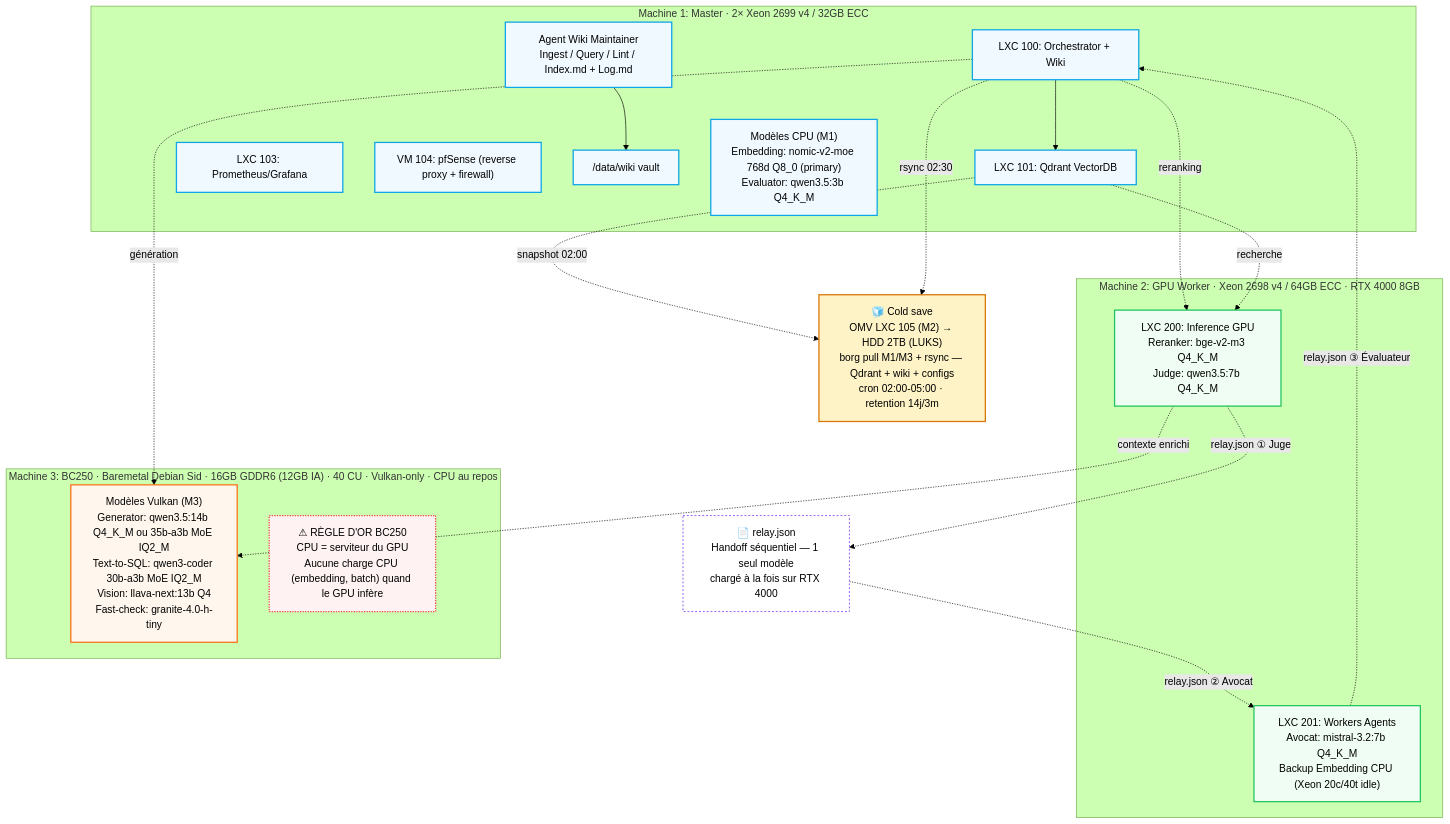
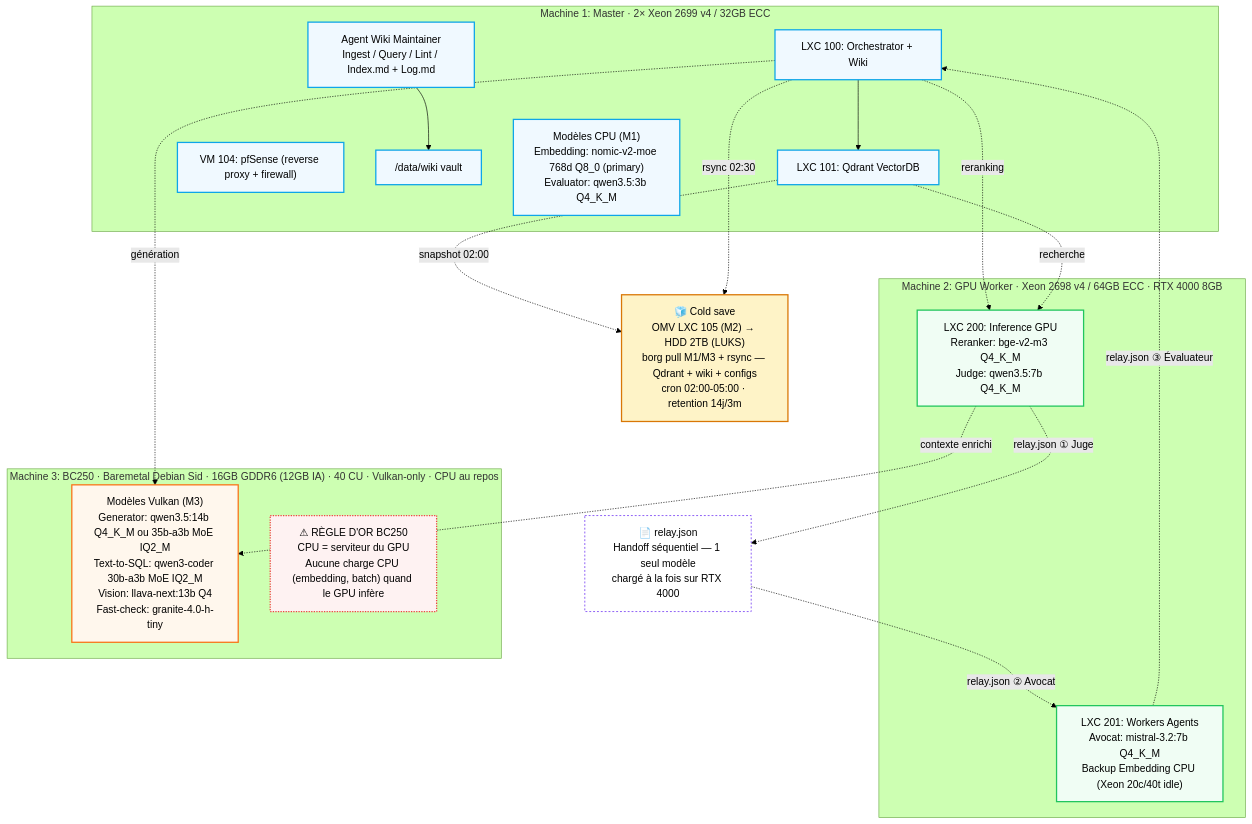
Before and after one commit to chelmooz/rag-multi-agent-cluster: the second of 2 diagrams in docs/architecture.md, drawn with Mermaid (forest theme). The commit also changed 23 other files, not shown here.

Commit message:
chore: Sprint 1 hygiène/CI terminé + ROADMAP 4 phases (A-D) + décisions D10-D12 (mock-first, éval optionnelle)

````diff
--- a/docs/architecture.md
+++ b/docs/architecture.md
@@ -83,45 +83,44 @@
 ```mermaid
 flowchart TB
     classDef m1 fill:#f0f9ff,stroke:#0ea5e9,stroke-width:2px
     classDef m2 fill:#f0fdf4,stroke:#22c55e,stroke-width:2px
     classDef m3 fill:#fff7ed,stroke:#f97316,stroke-width:2px
     classDef warn fill:#fef2f2,stroke:#ef4444,stroke-width:2px,stroke-dasharray: 2 2
     classDef cold fill:#fef3c7,stroke:#d97706,stroke-width:2px
     classDef op fill:#ffffff,stroke:#8b5cf6,stroke-width:1.5px,stroke-dasharray: 3 3
 
     subgraph Machine1["Machine 1: Master · 2× Xeon 2699 v4 / 32GB ECC"]
         M1_100["LXC 100: Orchestrator + Wiki"]:::m1
         M1_101["LXC 101: Qdrant VectorDB"]:::m1
-        M1_103["LXC 103: Prometheus/Grafana"]:::m1
         M1_104["VM 104: pfSense (reverse proxy + firewall)"]:::m1
         M1_vault["/data/wiki vault"]:::m1
         M1_models["Modèles CPU (M1)<br/>Embedding: nomic-v2-moe 768d Q8_0 (primary)<br/>Evaluator: qwen3.5:3b Q4_K_M"]:::m1
         M1_wiki["Agent Wiki Maintainer<br/>Ingest / Query / Lint / Index.md + Log.md"]:::m1
     end
 
     subgraph Machine2["Machine 2: GPU Worker · Xeon 2698 v4 / 64GB ECC · RTX 4000 8GB"]
         M2_200["LXC 200: Inference GPU<br/>Reranker: bge-v2-m3 Q4_K_M<br/>Judge: qwen3.5:7b Q4_K_M"]:::m2
         M2_201["LXC 201: Workers Agents<br/>Avocat: mistral-3.2:7b Q4_K_M<br/>Backup Embedding CPU (Xeon 20c/40t idle)"]:::m2
     end
 
     subgraph Machine3["Machine 3: BC250 · Baremetal Debian Sid · 16GB GDDR6 (12GB IA) · 40 CU · Vulkan-only · CPU au repos"]
         M3_models["Modèles Vulkan (M3)<br/>Generator: qwen3.5:14b Q4_K_M ou 35b-a3b MoE IQ2_M<br/>Text-to-SQL: qwen3-coder 30b-a3b MoE IQ2_M<br/>Vision: llava-next:13b Q4<br/>Fast-check: granite-4.0-h-tiny"]:::m3
         M3_warn["⚠ RÈGLE D'OR BC250<br/>CPU = serviteur du GPU<br/>Aucune charge CPU (embedding, batch) quand le GPU infère"]:::warn
     end
 
     Relay["📄 relay.json<br/>Handoff séquentiel — 1 seul modèle<br/>chargé à la fois sur RTX 4000"]:::op
 
     Cold["🧊 Cold save<br/>OMV LXC 105 (M2) → HDD 2TB (LUKS)<br/>borg pull M1/M3 + rsync — Qdrant + wiki + configs<br/>cron 02:00-05:00 · retention 14j/3m"]:::cold
 
     M1_100 --> M1_101
     M1_wiki --> M1_vault
     M1_100 -.->|reranking| M2_200
     M1_101 -.->|recherche| M2_200
     M2_200 -.->|relay.json ① Juge| Relay
     Relay -.->|relay.json ② Avocat| M2_201
     M2_201 -.->|relay.json ③ Évaluateur| M1_100
     M1_100 -.->|génération| M3_models
     M2_200 -.->|contexte enrichi| M3_models
     M1_101 -.->|snapshot 02:00| Cold
     M1_100 -.->|rsync 02:30| Cold
 ```
````
